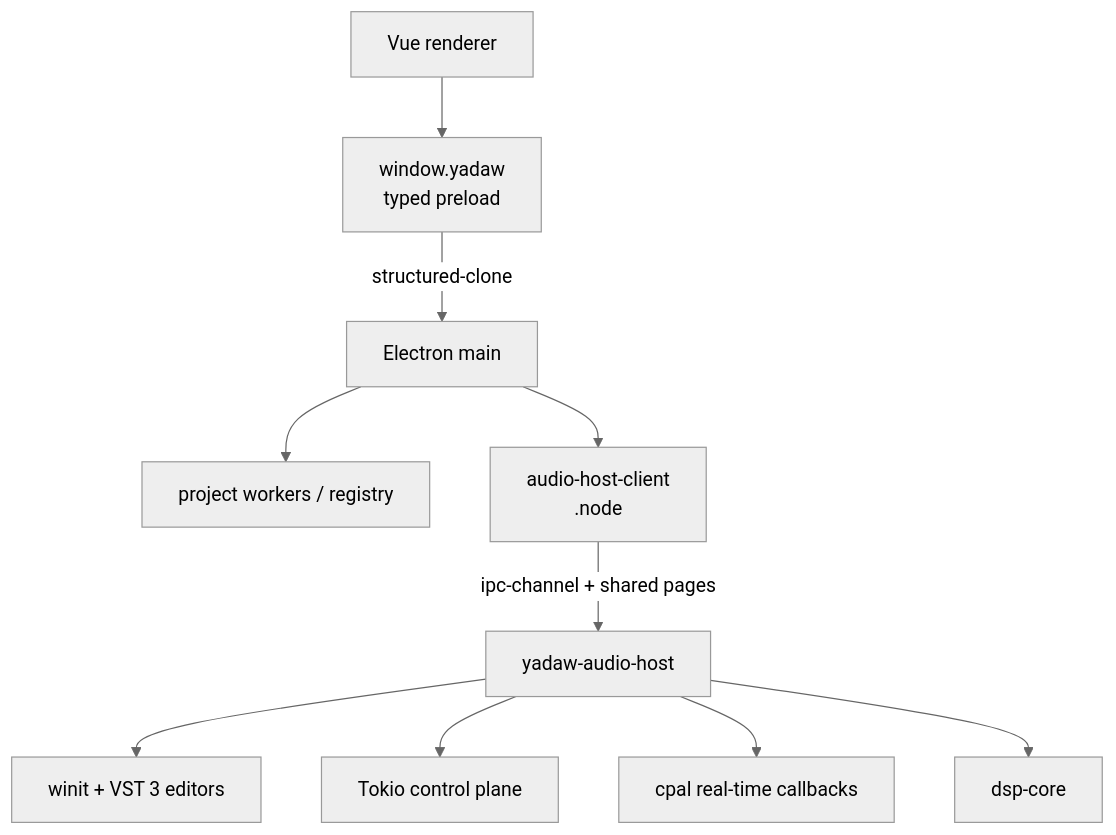
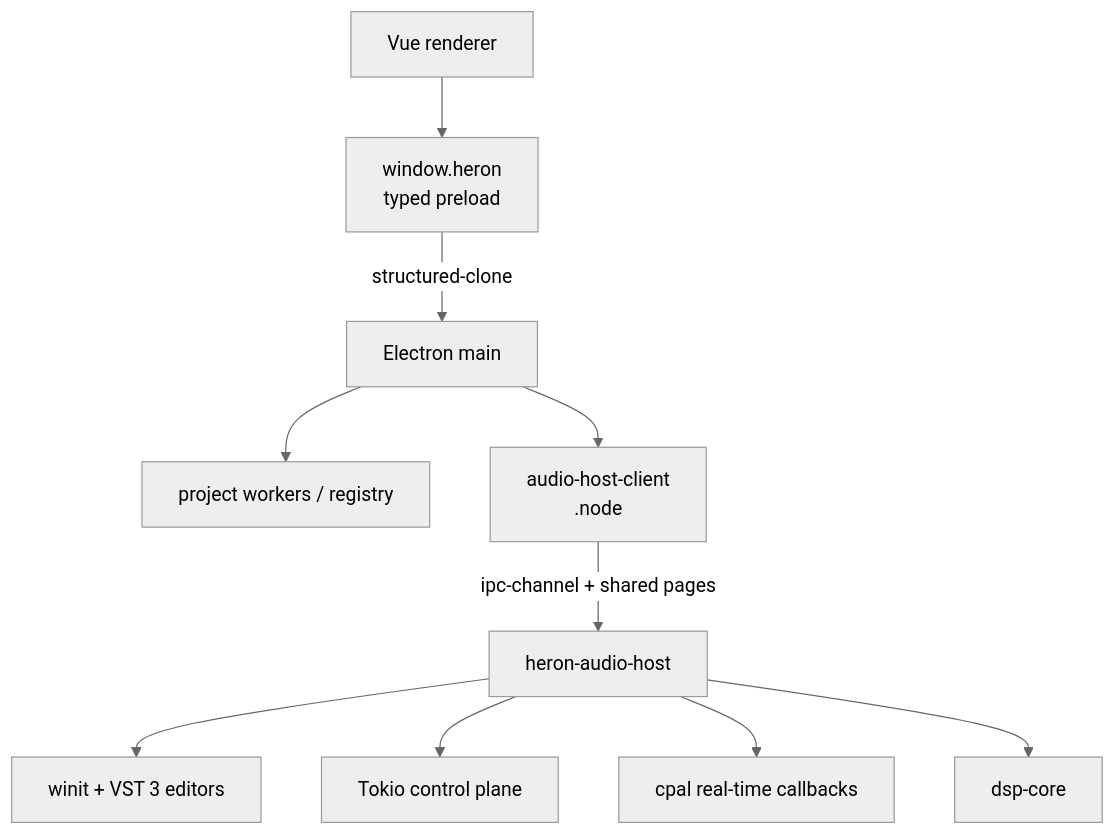
One commit to dsh0416/yadaw changed the diagram in docs/content/blog/2026-08-02-multi-process-design.md. Above: the diagram before and after it, drawn with Mermaid (neutral theme). The commit also changed other lines of this file and 628 other files, not shown here.

````diff
--- a/docs/content/blog/2026-08-02-multi-process-design.md
+++ b/docs/content/blog/2026-08-02-multi-process-design.md
@@ -33,23 +33,23 @@
 ```mermaid
 flowchart TB
   renderer["Vue renderer"]
-  preload["window.yadaw<br/>typed preload"]
+  preload["window.heron<br/>typed preload"]
   main["Electron main"]
   workers["project workers / registry"]
   client["audio-host-client<br/>.node"]
-  host["yadaw-audio-host"]
+  host["heron-audio-host"]
   editors["winit + VST 3 editors"]
   tokio["Tokio control plane"]
   cpal["cpal real-time callbacks"]
   dsp["dsp-core"]
 
   renderer --> preload
   preload -->|"structured-clone"| main
   main --> workers
   main --> client
   client -->|"ipc-channel + shared pages"| host
   host --> editors
   host --> tokio
   host --> cpal
   host --> dsp
 ```
````
